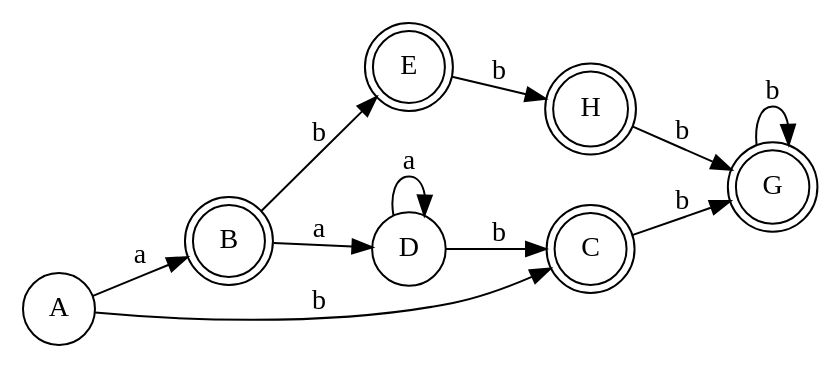
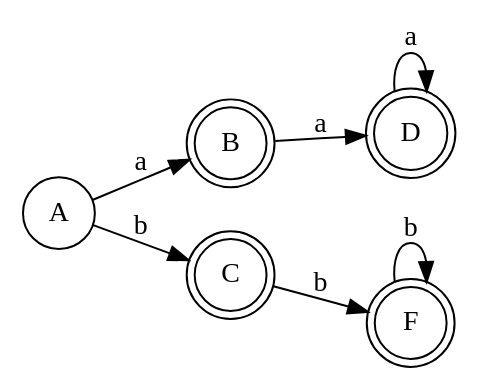
Before and after one commit to bloomfieldfong/Creacion-de-Automatas: the diagram in automata.gv, drawn with Graphviz. The commit also changed 6 other files, not shown here.

```diff
--- a/automata.gv
+++ b/automata.gv
@@ -1,24 +1,17 @@
 digraph finite_state_machine {
 	rankdir=LR size="8,5"
 	node [shape=doublecircle]
 	B
 	C
-	E
-	G
-	C
-	H
-	H
-	G
-	G
+	D
+	F
+	D
+	F
 	node [shape=circle]
 	A -> B [label=a]
 	A -> C [label=b]
 	B -> D [label=a]
-	B -> E [label=b]
-	C -> G [label=b]
+	C -> F [label=b]
 	D -> D [label=a]
-	D -> C [label=b]
-	E -> H [label=b]
-	G -> G [label=b]
-	H -> G [label=b]
+	F -> F [label=b]
 }
```
